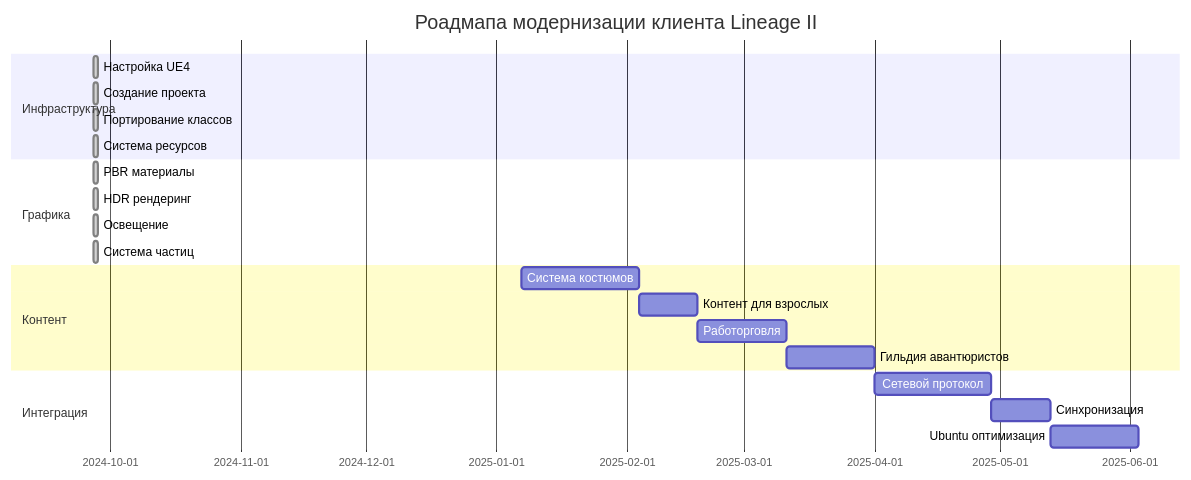
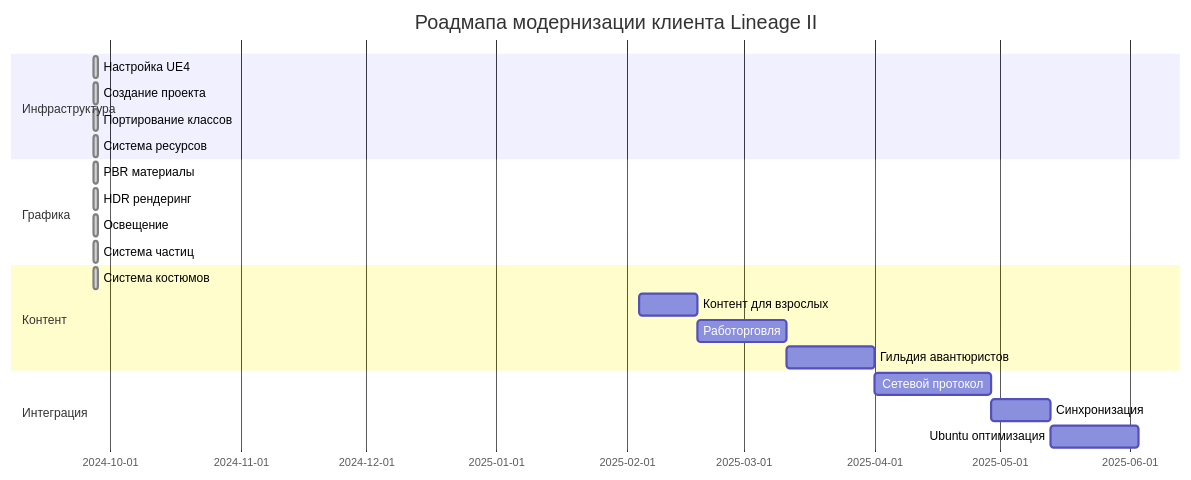
One commit to ni-okr/la2j_server_fakeplayers_ai changed the first of 3 diagrams in obsidian-vault/01-Планирование/Модернизация-клиента.md. Above: the diagram before and after it, drawn with Mermaid. The commit also changed 12 other files, not shown here.

````diff
--- a/obsidian-vault/01-Планирование/Модернизация-клиента.md
+++ b/obsidian-vault/01-Планирование/Модернизация-клиента.md
@@ -17,27 +17,27 @@
 ```mermaid
 gantt
     title Роадмапа модернизации клиента Lineage II
     dateFormat YYYY-MM-DD
     section Инфраструктура
     Настройка UE4          :done, 2024-09-27, 1d
     Создание проекта       :done, 2024-09-27, 1d
     Портирование классов   :done, 2024-09-27, 1d
     Система ресурсов       :done, 2024-09-27, 1d
     
     section Графика
     PBR материалы          :done, 2024-09-27, 1d
     HDR рендеринг          :done, 2024-09-27, 1d
     Освещение              :done, 2024-09-27, 1d
     Система частиц         :done, 2024-09-27, 1d
     
     section Контент
-    Система костюмов       :2025-01-07, 28d
+    Система костюмов       :done, 2024-09-27, 1d
     Контент для взрослых   :2025-02-04, 14d
     Работорговля           :2025-02-18, 21d
     Гильдия авантюристов   :2025-03-11, 21d
     
     section Интеграция
     Сетевой протокол       :2025-04-01, 28d
     Синхронизация          :2025-04-29, 14d
     Ubuntu оптимизация     :2025-05-13, 21d
 ```
````
